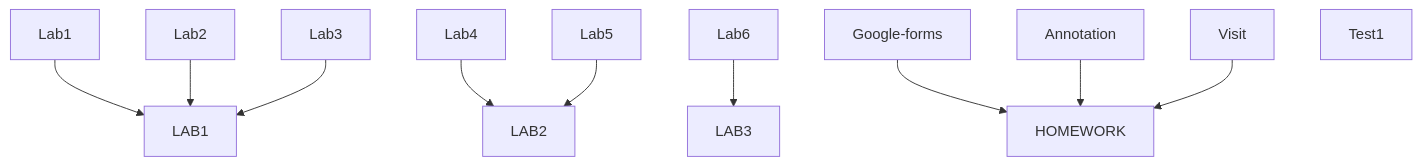
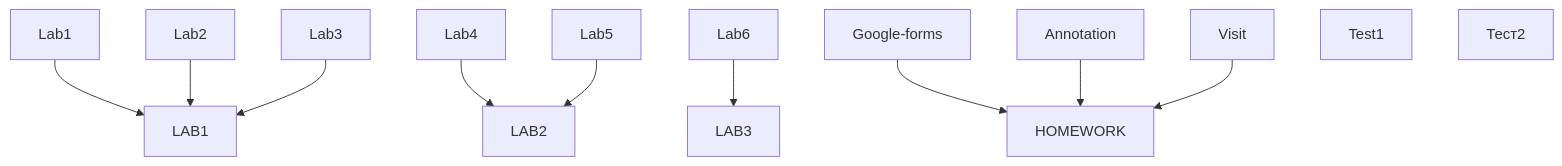
Before and after one commit to Steralka/ITMO: the diagram in 1 Семестр/Информатика/README.md, drawn with Mermaid.

````diff
--- a/1 Семестр/Информатика/README.md
+++ b/1 Семестр/Информатика/README.md
@@ -35,13 +35,14 @@
 ```mermaid
 graph TD;
     Lab1-->LAB1;
     Lab2-->LAB1;
     Lab3-->LAB1;
     Lab4-->LAB2;
     Lab5-->LAB2;
     Lab6-->LAB3;
     Google-forms-->HOMEWORK;
     Annotation-->HOMEWORK;
     Visit-->HOMEWORK;
     Test1;
+    Тест2;
 ```
````
